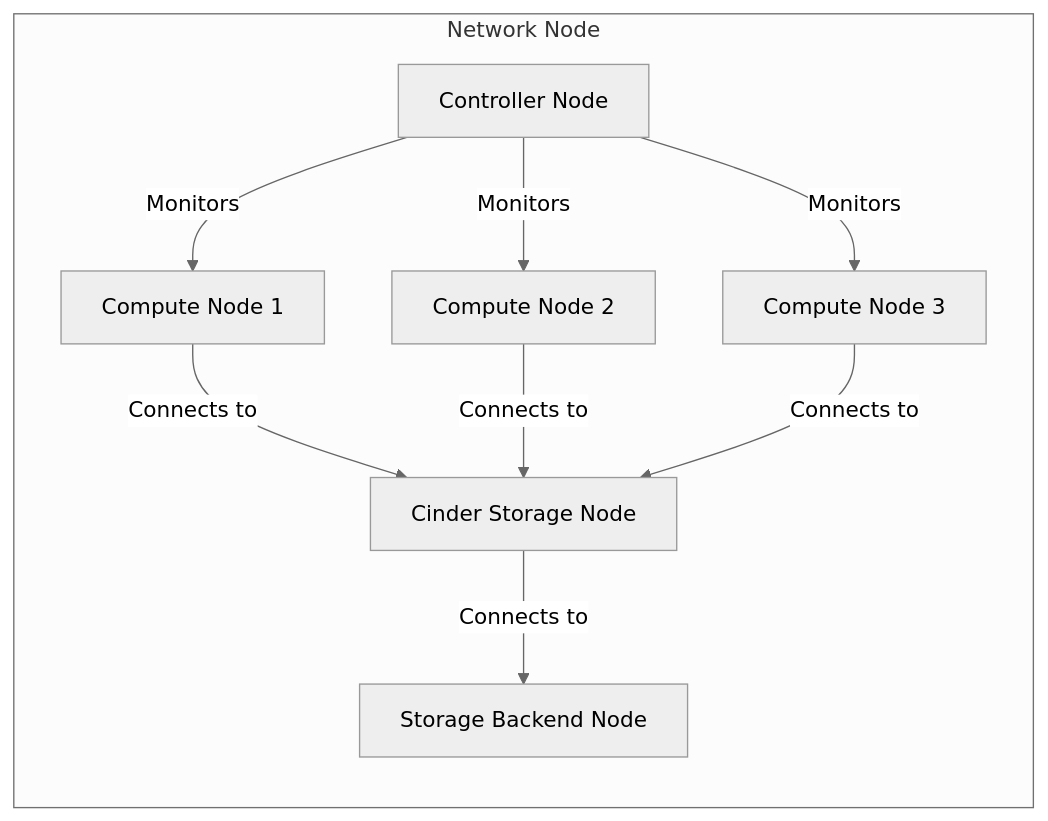
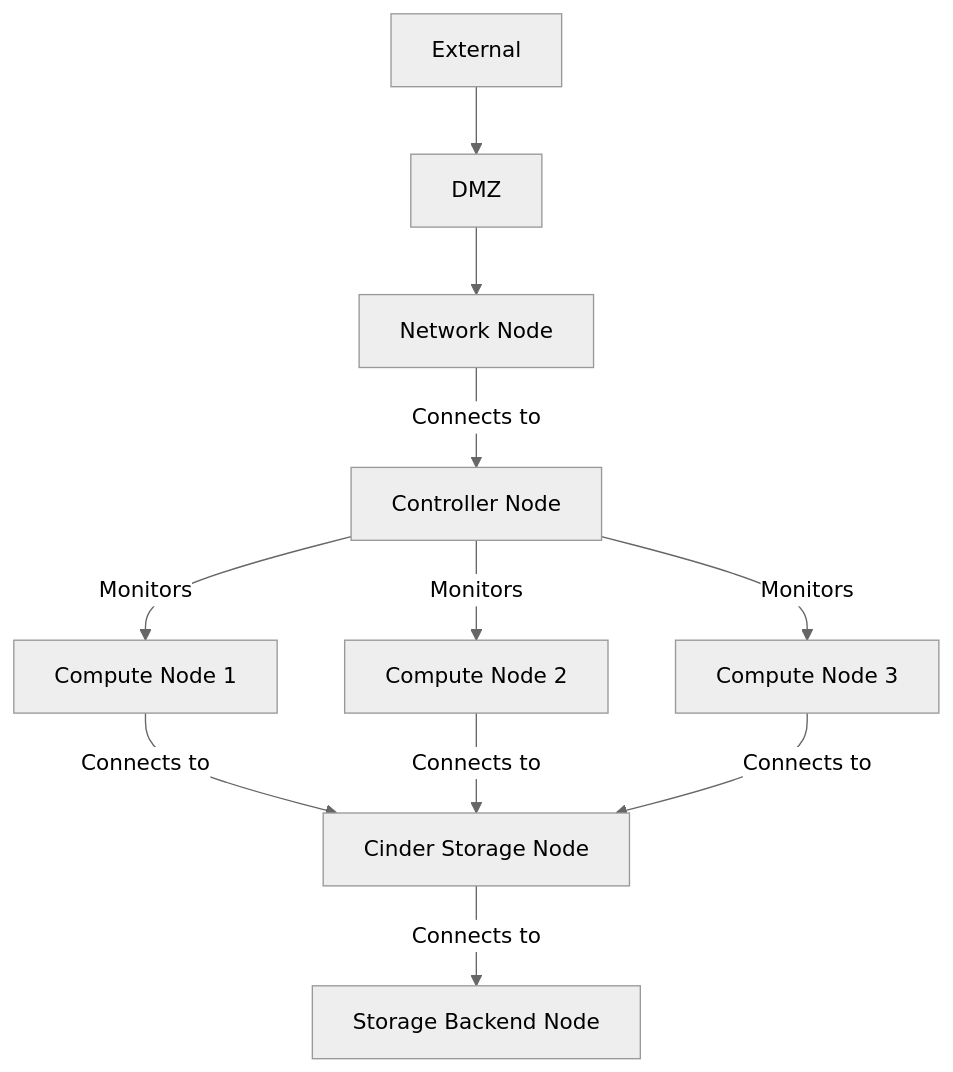
Before and after one commit to yongwoos/yongwoos.github.io: the diagram in content/mobilityschool/privatecloud/openstack.md, drawn with Mermaid (neutral theme). The commit also changed other lines of this file, not shown here.

````diff
--- a/content/mobilityschool/privatecloud/openstack.md
+++ b/content/mobilityschool/privatecloud/openstack.md
@@ -176,18 +176,22 @@
 ```mermaid
 graph TD
-    %% Network Node가 Controller Node와 Compute Node들을 감싸고 있음
-    subgraph NetworkNode [Network Node]
-        direction TB
-        ControllerNode[Controller Node] -->|Monitors| ComputeNode1[Compute Node 1]
-        ControllerNode -->|Monitors| ComputeNode2[Compute Node 2]
-        ControllerNode -->|Monitors| ComputeNode3[Compute Node 3]
-        
-        %% Compute Node 3개가 각각 Storage Node와 연결됨
-        ComputeNode1 -->|Connects to| StorageNode1[Cinder Storage Node]
-        ComputeNode2 -->|Connects to| StorageNode1
-        ComputeNode3 -->|Connects to| StorageNode1
+    %% External과 DMZ, Network Node 연결
+    External[External] --> DMZ[DMZ]
+    DMZ --> NetworkNode[Network Node]
+    
+    %% Network Node가 Controller Node에 연결됨
+    NetworkNode -->|Connects to| ControllerNode[Controller Node]
+    
+    %% Controller Node가 Compute Node들을 감시
+    ControllerNode -->|Monitors| ComputeNode1[Compute Node 1]
+    ControllerNode -->|Monitors| ComputeNode2[Compute Node 2]
+    ControllerNode -->|Monitors| ComputeNode3[Compute Node 3]
+    
+    %% Compute Node 3개가 각각 Storage Node와 연결됨
+    ComputeNode1 -->|Connects to| StorageNode1[Cinder Storage Node]
+    ComputeNode2 -->|Connects to| StorageNode1
+    ComputeNode3 -->|Connects to| StorageNode1
 
-        %% Storage Node가 Storage Backend와 연결됨
-        StorageNode1 -->|Connects to| StorageBackend[Storage Backend Node]
-    end
+    %% Storage Node가 Storage Backend와 연결됨
+    StorageNode1 -->|Connects to| StorageBackend[Storage Backend Node]
 ```
````
